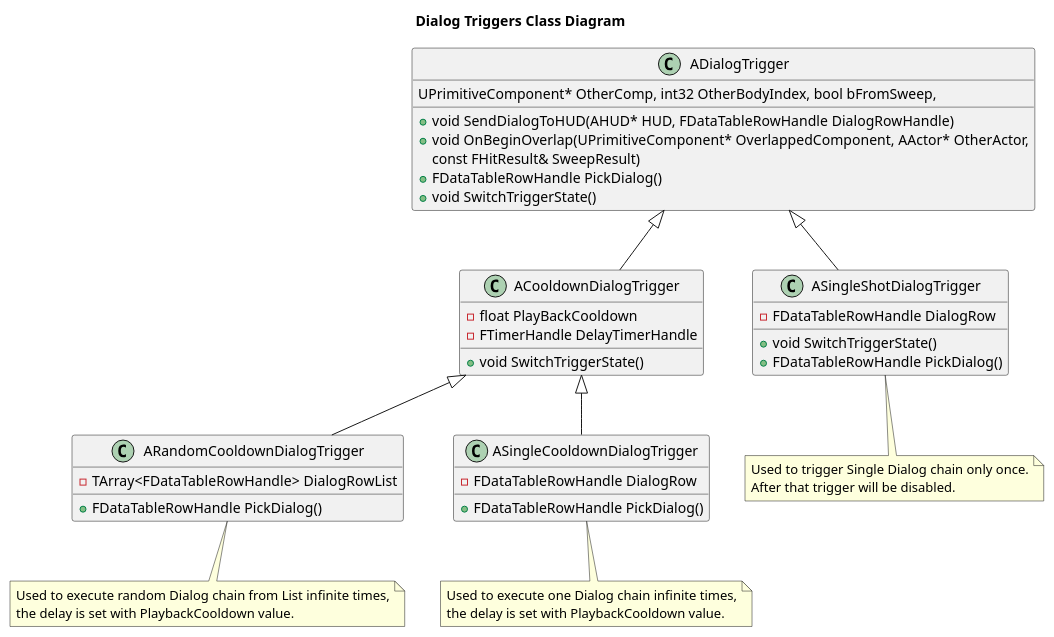
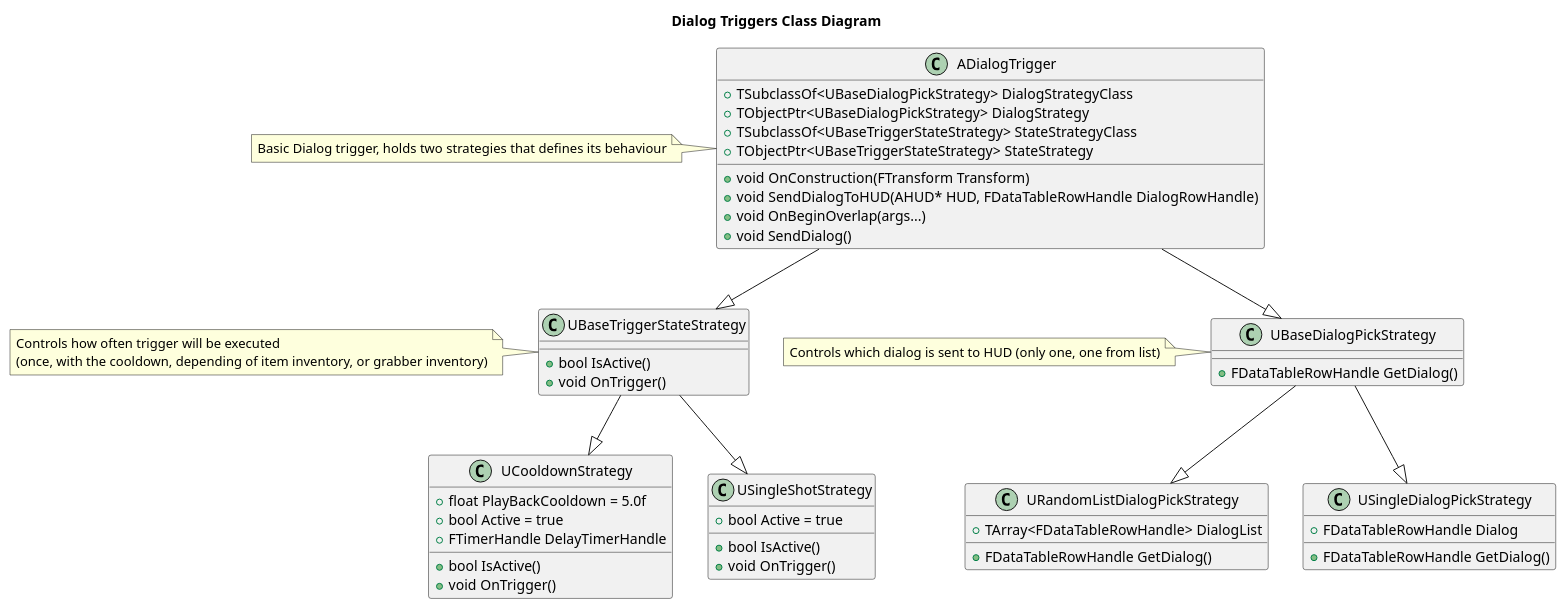
The diagram in Source/CryptRaider/Doc/DialogTrigger.puml (Indian-games-Inc/Solaris), drawn with PlantUML before and after one commit. The commit also changed 41 other files, not shown here.

First line of the commit message:
Danilg/dialog trigger refactor (#37)

```diff
--- a/Source/CryptRaider/Doc/DialogTrigger.puml
+++ b/Source/CryptRaider/Doc/DialogTrigger.puml
@@ -1,56 +1,72 @@
 @startuml
 
 title Dialog Triggers Class Diagram
 
 class ADialogTrigger {
-    +void SendDialogToHUD(AHUD* HUD, FDataTableRowHandle DialogRowHandle)
-    +void OnBeginOverlap(UPrimitiveComponent* OverlappedComponent, AActor* OtherActor,
-                         UPrimitiveComponent* OtherComp, int32 OtherBodyIndex, bool bFromSweep,
-                         const FHitResult& SweepResult)
-    +FDataTableRowHandle PickDialog()
-    +void SwitchTriggerState()
+  +void OnConstruction(FTransform Transform)
+  +void SendDialogToHUD(AHUD* HUD, FDataTableRowHandle DialogRowHandle)
+  +void OnBeginOverlap(args...)
+  +void SendDialog()
+  +TSubclassOf<UBaseDialogPickStrategy> DialogStrategyClass
+  +TObjectPtr<UBaseDialogPickStrategy> DialogStrategy
+  +TSubclassOf<UBaseTriggerStateStrategy> StateStrategyClass
+  +TObjectPtr<UBaseTriggerStateStrategy> StateStrategy
 }
 
-class ACooldownDialogTrigger {
-    +void SwitchTriggerState()
-    -float PlayBackCooldown
-    -FTimerHandle DelayTimerHandle
+class UBaseTriggerStateStrategy {
+  +bool IsActive()
+  +void OnTrigger()
 }
 
-class ARandomCooldownDialogTrigger {
-    +FDataTableRowHandle PickDialog()
-    -TArray<FDataTableRowHandle> DialogRowList
+class UBaseDialogPickStrategy {
+  +FDataTableRowHandle GetDialog()
 }
 
-class ASingleCooldownDialogTrigger {
-    +FDataTableRowHandle PickDialog()
-    -FDataTableRowHandle DialogRow
+class URandomListDialogPickStrategy {
+  +FDataTableRowHandle GetDialog()
+  +TArray<FDataTableRowHandle> DialogList
 }
 
-class ASingleShotDialogTrigger {
-    +void SwitchTriggerState()
-    +FDataTableRowHandle PickDialog()
-    -FDataTableRowHandle DialogRow
+class USingleDialogPickStrategy {
+  +FDataTableRowHandle GetDialog()
+  +FDataTableRowHandle Dialog
 }
 
-note bottom of ARandomCooldownDialogTrigger
-Used to execute random Dialog chain from List infinite times,
-the delay is set with PlaybackCooldown value.
+class UCooldownStrategy {
+  +bool IsActive()
+  +void OnTrigger()
+  +float PlayBackCooldown = 5.0f
+  +bool Active = true
+  +FTimerHandle DelayTimerHandle
+}
+
+class USingleShotStrategy {
+  +bool IsActive()
+  +void OnTrigger()
+  +bool Active = true
+}
+
+ADialogTrigger --|> UBaseTriggerStateStrategy
+ADialogTrigger --|> UBaseDialogPickStrategy
+
+UBaseTriggerStateStrategy --|> UCooldownStrategy
+UBaseTriggerStateStrategy --|> USingleShotStrategy
+
+UBaseDialogPickStrategy --|> USingleDialogPickStrategy
+UBaseDialogPickStrategy --|> URandomListDialogPickStrategy
+
+
+note left of ADialogTrigger
+Basic Dialog trigger, holds two strategies that defines its behaviour
 end note
 
-note bottom of ASingleCooldownDialogTrigger
-Used to execute one Dialog chain infinite times,
-the delay is set with PlaybackCooldown value.
+note left of UBaseTriggerStateStrategy
+Controls how often trigger will be executed 
+(once, with the cooldown, depending of item inventory, or grabber inventory)
 end note
 
-note bottom of ASingleShotDialogTrigger
-Used to trigger Single Dialog chain only once.
-After that trigger will be disabled.
+note left of UBaseDialogPickStrategy
+Controls which dialog is sent to HUD (only one, one from list)
 end note
 
-ADialogTrigger <|-- ACooldownDialogTrigger
-ACooldownDialogTrigger <|-- ARandomCooldownDialogTrigger
-ACooldownDialogTrigger <|-- ASingleCooldownDialogTrigger
-ADialogTrigger <|-- ASingleShotDialogTrigger
-
 @enduml
```
